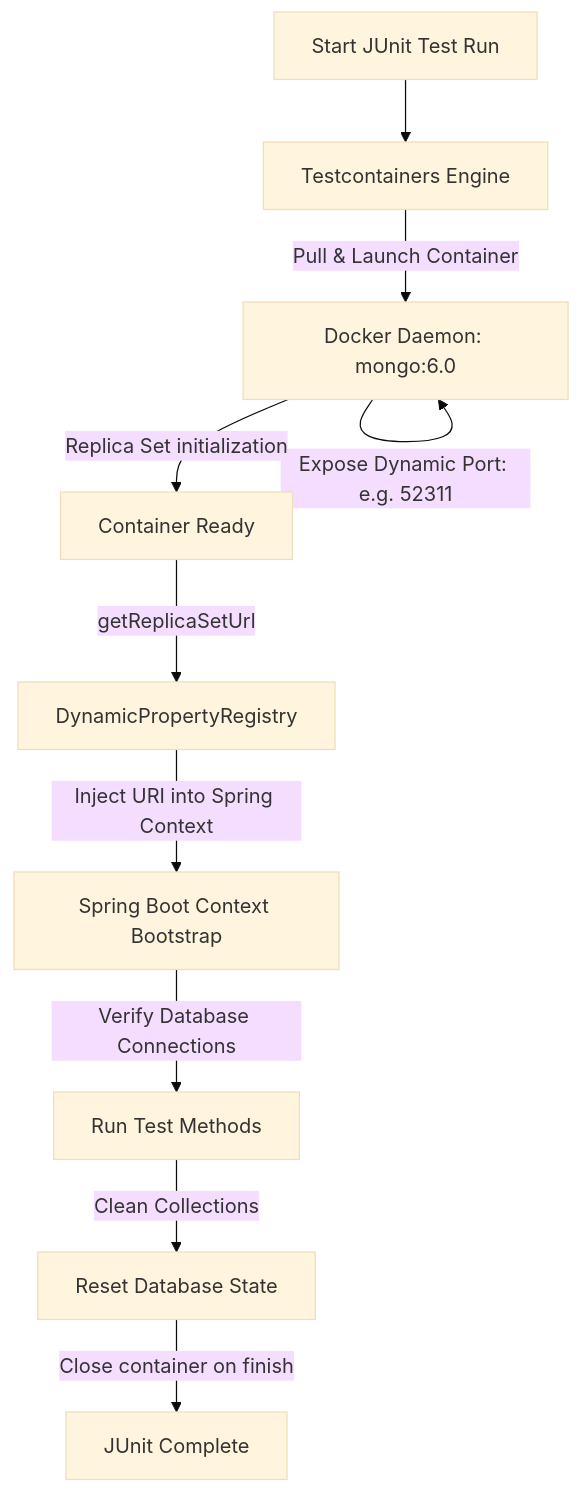
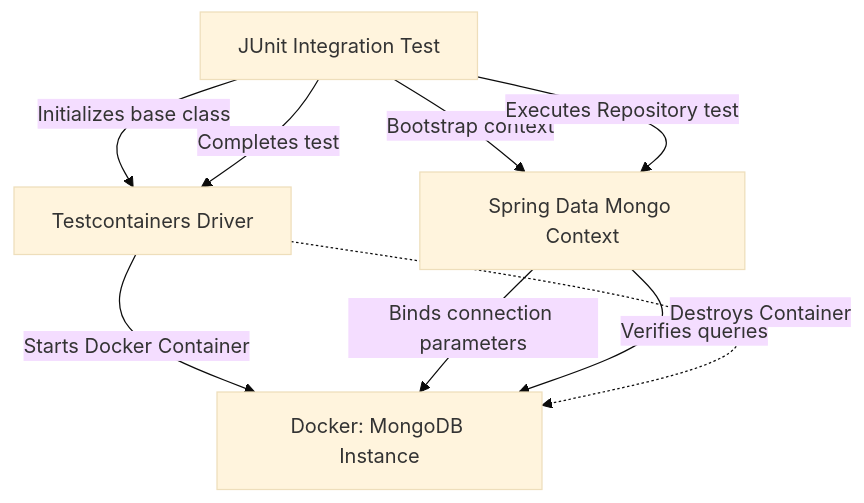
One commit to BaoTo12/learning-repo changed the diagram in courses/spring-mongodb-mastery/modules/14-testing-strategies.md. Above: the diagram before and after it, drawn with Mermaid (base theme). The commit also changed other lines of this file and 598 other files, not shown here.

````diff
--- a/courses/spring-mongodb-mastery/modules/14-testing-strategies.md
+++ b/courses/spring-mongodb-mastery/modules/14-testing-strategies.md
@@ -151,12 +26,11 @@
 ```mermaid
 graph TD
-    A[Start JUnit Test Run] --> B[Testcontainers Engine]
-    B -->|Pull & Launch Container| C[Docker Daemon: mongo:6.0]
-    C -->|Expose Dynamic Port: e.g. 52311| C
-    C -->|Replica Set initialization| D[Container Ready]
-    D -->|getReplicaSetUrl| E[DynamicPropertyRegistry]
-    E -->|Inject URI into Spring Context| F[Spring Boot Context Bootstrap]
-    F -->|Verify Database Connections| G[Run Test Methods]
-    G -->|Clean Collections| H[Reset Database State]
-    H -->|Close container on finish| I[JUnit Complete]
+    Test[JUnit Integration Test] -->|Initializes base class| TC[Testcontainers Driver]
+    TC -->|Starts Docker Container| Mongo[Docker: MongoDB Instance]
+    Test -->|Bootstrap context| SpringContext[Spring Data Mongo Context]
+    SpringContext -->|Binds connection parameters| Mongo
+    Test -->|Executes Repository test| SpringContext
+    SpringContext -->|Verifies queries| Mongo
+    Test -->|Completes test| TC
+    TC -.->|Destroys Container| Mongo
 ```
````
